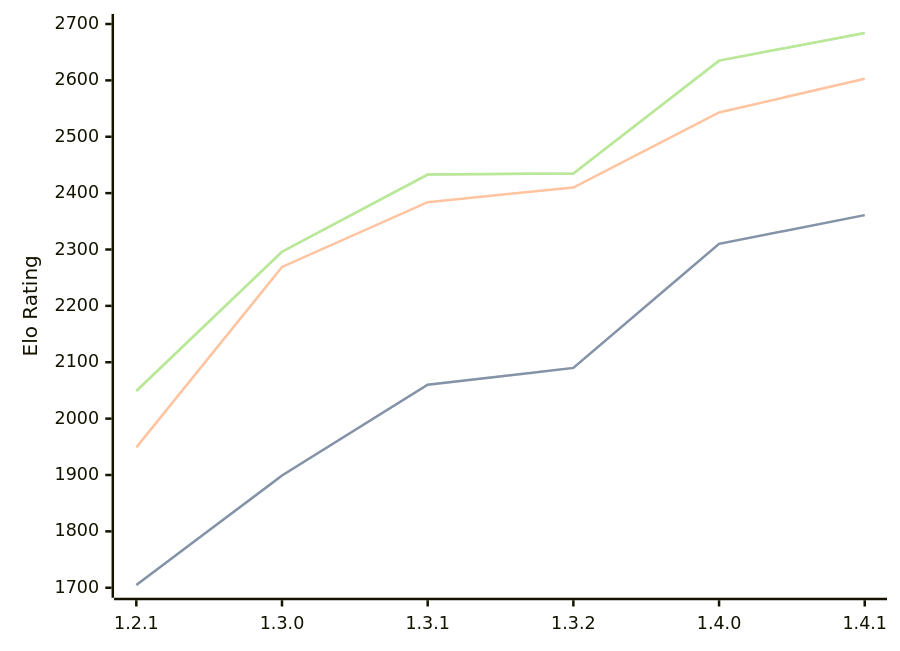
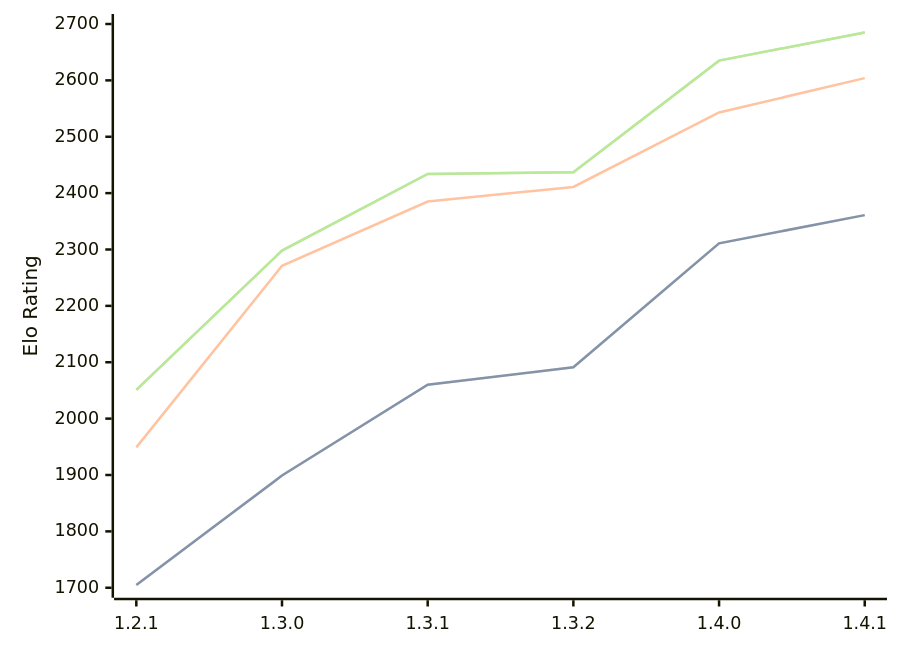
The diagram in engines/Chal.md (computer-chess-index/cci), drawn with Mermaid before and after one commit. The commit also changed other lines of this file, not shown here.

Commit message:
Update CCI Ratings (ELO VLTC) - 2026-05-12

````diff
--- a/engines/Chal.md
+++ b/engines/Chal.md
@@ -39,11 +39,11 @@
 ```mermaid
 %%{init: {"theme":"base","themeVariables":{"seriesColors:['#a3a3a3','#222221','#faa371']}}}%%
 xychart-beta
   x-axis ["1.2.1", "1.3.0", "1.3.1", "1.3.2", "1.4.0", "1.4.1"]
   y-axis "Elo Rating" 1700 --> 2700
-  line "STC (8.0+0.08s)" [1705, 1899, 2060, 2090, 2310, 2361]
-  line "STC (8.0+0.08s)" [1705, 1899, 2060, 2090, 2310, 2361]
-  line "LTC (60.0+0.60s)" [1949, 2269, 2384, 2410, 2543, 2603]
-  line "VLTC (2m24s+1.12s)" [2049, 2296, 2433, 2435, 2635, 2684]
-  line "VLTC (2m24s+1.12s)" [2049, 2296, 2433, 2435, 2635, 2684]
+  line "STC (8.0+0.08s)" [1705, 1899, 2060, 2091, 2311, 2361]
+  line "STC (8.0+0.08s)" [1705, 1899, 2060, 2091, 2311, 2361]
+  line "LTC (60.0+0.60s)" [1949, 2271, 2385, 2411, 2543, 2604]
+  line "VLTC (2m24s+1.12s)" [2051, 2298, 2434, 2437, 2635, 2685]
+  line "VLTC (2m24s+1.12s)" [2051, 2298, 2434, 2437, 2635, 2685]
 ```
````
